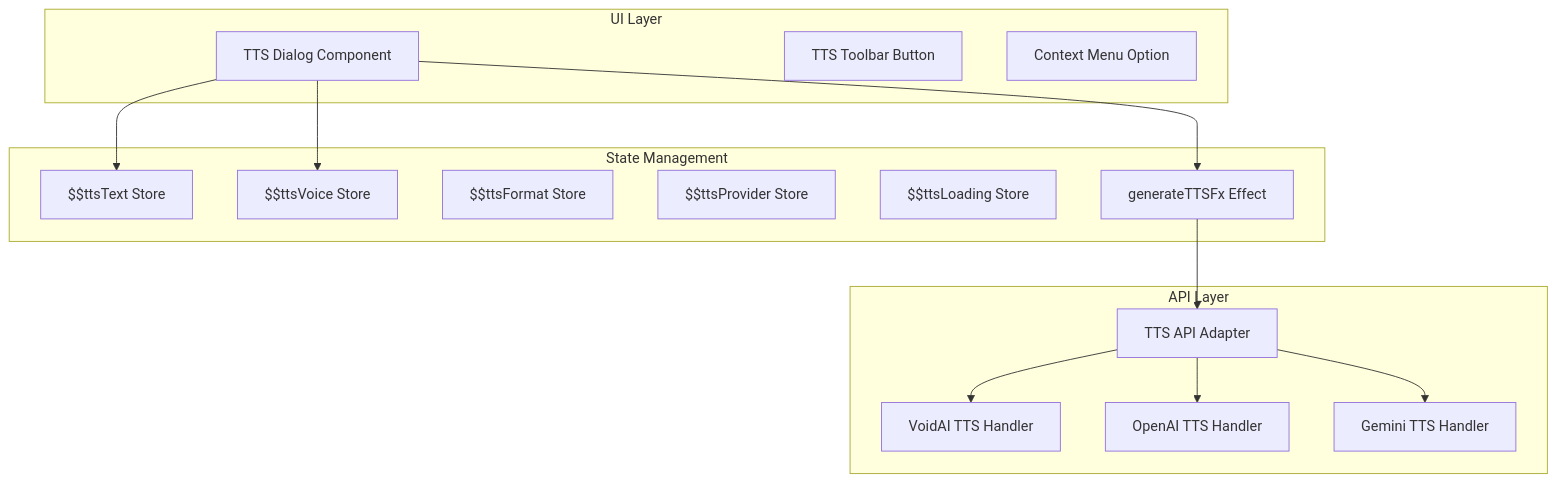
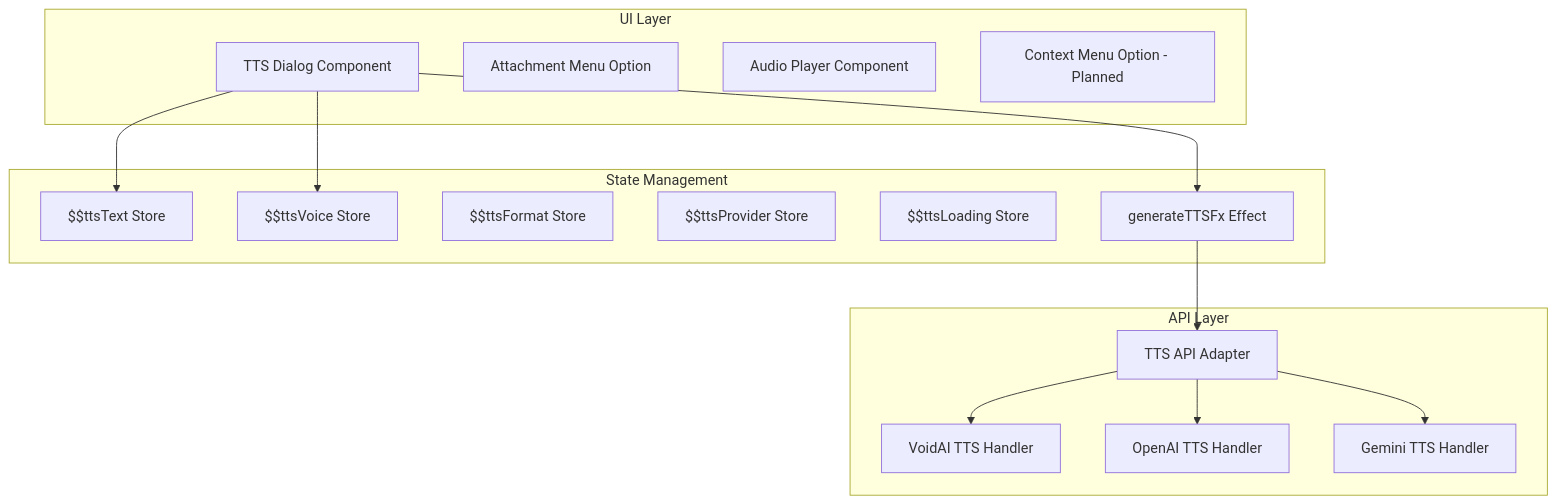
One commit to doasync/doasync.github.io changed the first of 5 diagrams in Audio_Features_Integration_Plan.md. Above: the diagram before and after it, drawn with Mermaid. The commit also changed other lines of this file and 20 other files, not shown here.

````diff
--- a/Audio_Features_Integration_Plan.md
+++ b/Audio_Features_Integration_Plan.md
@@ -41,32 +42,33 @@
 ```mermaid
 graph TB
     subgraph "UI Layer"
         TTSDialog[TTS Dialog Component]
-        TTSButton[TTS Toolbar Button]
-        ContextMenu[Context Menu Option]
+        AttachmentMenu[Attachment Menu Option]
+        AudioPlayer[Audio Player Component]
+        ContextMenu[Context Menu Option - Planned]
     end
     
     subgraph "State Management"
         $ttsText[$$ttsText Store]
         $ttsVoice[$$ttsVoice Store]
         $ttsFormat[$$ttsFormat Store]
         $ttsProvider[$$ttsProvider Store]
         $ttsLoading[$$ttsLoading Store]
         generateTTSFx[generateTTSFx Effect]
     end
     
     subgraph "API Layer"
         TTSAdapter[TTS API Adapter]
         VoidAITTS[VoidAI TTS Handler]
         OpenAITTS[OpenAI TTS Handler]
         GeminiTTS[Gemini TTS Handler]
     end
     
     TTSDialog --> $ttsText
     TTSDialog --> $ttsVoice
     TTSDialog --> generateTTSFx
     generateTTSFx --> TTSAdapter
     TTSAdapter --> VoidAITTS
     TTSAdapter --> OpenAITTS
     TTSAdapter --> GeminiTTS
 ```
````
